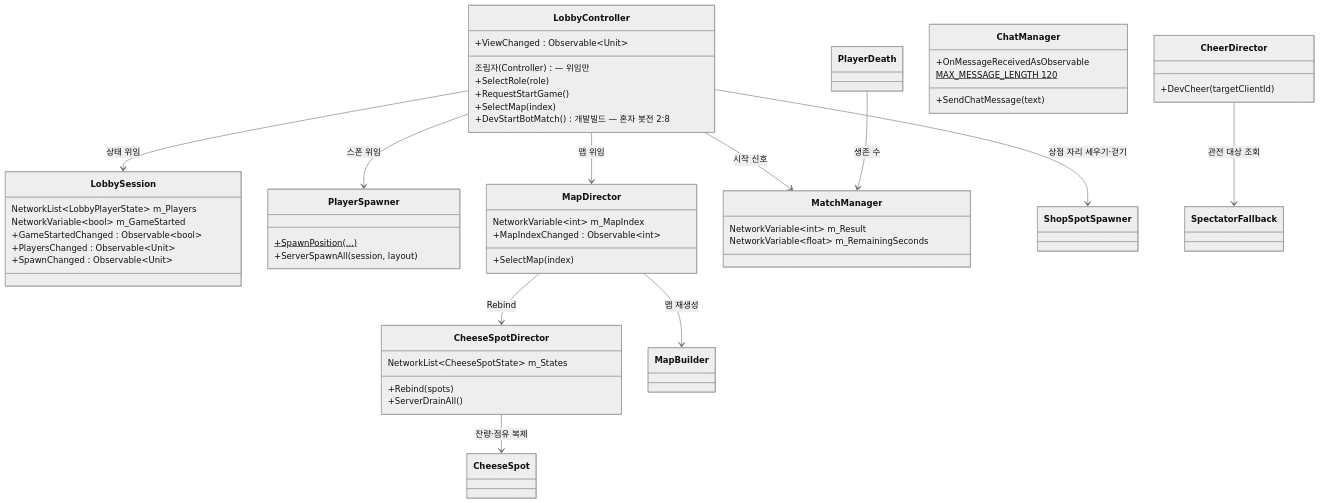
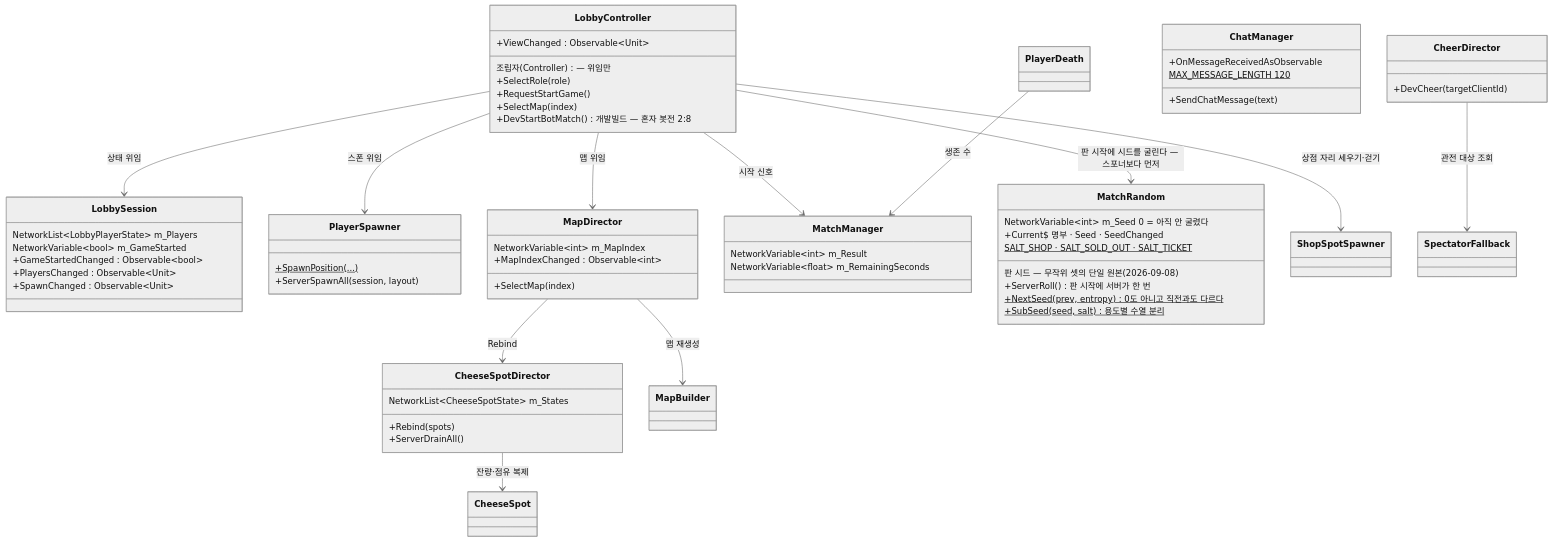
One commit to JeahanPark/The-Cheese-Thief-and-the-Cat changed diagram 19 of 37 in CTC/docs/design-vault/코드 다이어그램.md. Above: the diagram before and after it, drawn with Mermaid (neutral theme). The commit also changed other lines of this file and 9 other files, not shown here.

First line of the commit message:
feat(match): 매치 시드 MatchRandom — 무작위 셋의 단일 원본, SubSeed로 용도 분리

````diff
--- a/CTC/docs/design-vault/코드 다이어그램.md
+++ b/CTC/docs/design-vault/코드 다이어그램.md
@@ -664,57 +664,67 @@
 ```mermaid
 classDiagram
     direction TB
 
     class LobbyController {
         조립자(Controller) — 위임만
         +SelectRole(role)
         +RequestStartGame()
         +SelectMap(index)
         +DevStartBotMatch() 개발빌드 — 혼자 봇전 2:8
         +ViewChanged : Observable~Unit~
     }
     class LobbySession {
         NetworkList~LobbyPlayerState~ m_Players
         NetworkVariable~bool~ m_GameStarted
         +GameStartedChanged : Observable~bool~
         +PlayersChanged : Observable~Unit~
         +SpawnChanged : Observable~Unit~
     }
     class PlayerSpawner {
         +SpawnPosition(...)$
         +ServerSpawnAll(session, layout)
     }
     class MapDirector {
         NetworkVariable~int~ m_MapIndex
         +SelectMap(index)
         +MapIndexChanged : Observable~int~
     }
     class MatchManager {
         NetworkVariable~int~ m_Result
         NetworkVariable~float~ m_RemainingSeconds
     }
+    class MatchRandom {
+        판 시드 — 무작위 셋의 단일 원본 (2026-09-08)
+        NetworkVariable~int~ m_Seed  0 = 아직 안 굴렸다
+        +Current$ 명부 · Seed · SeedChanged
+        +ServerRoll() 판 시작에 서버가 한 번
+        +NextSeed(prev, entropy)$ 0도 아니고 직전과도 다르다
+        +SubSeed(seed, salt)$ 용도별 수열 분리
+        SALT_SHOP · SALT_SOLD_OUT · SALT_TICKET$
+    }
     class CheeseSpotDirector {
         NetworkList~CheeseSpotState~ m_States
         +Rebind(spots)
         +ServerDrainAll()
     }
     class CheerDirector {
         +DevCheer(targetClientId)
     }
     class ChatManager {
         +SendChatMessage(text)
         +OnMessageReceivedAsObservable
         MAX_MESSAGE_LENGTH 120$
     }
 
     LobbyController --> LobbySession : 상태 위임
     LobbyController --> PlayerSpawner : 스폰 위임
     LobbyController --> MapDirector : 맵 위임
     LobbyController --> MatchManager : 시작 신호
+    LobbyController --> MatchRandom : 판 시작에 시드를 굴린다 — 스포너보다 먼저
     LobbyController --> ShopSpotSpawner : 상점 자리 세우기·걷기
     MapDirector --> MapBuilder : 맵 재생성
     MapDirector --> CheeseSpotDirector : Rebind
     CheeseSpotDirector --> CheeseSpot : 잔량·점유 복제
     PlayerDeath --> MatchManager : 생존 수
     CheerDirector --> SpectatorFallback : 관전 대상 조회
 ```
````
